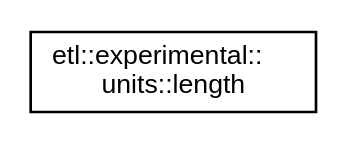
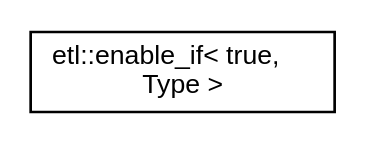
The diagram in inherit_graph_16.dot (tobanteAudio/taetl), drawn with Graphviz before and after one commit. The commit also changed 256 other files, not shown here.

```diff
--- a/inherit_graph_16.dot
+++ b/inherit_graph_16.dot
@@ -1,7 +1,7 @@
 digraph "Graphical Class Hierarchy"
 {
   edge [fontname="Helvetica",fontsize="10",labelfontname="Helvetica",labelfontsize="10"];
   node [fontname="Helvetica",fontsize="10",shape=record];
   rankdir="LR";
-  Node0 [label="etl::experimental::\lunits::length",height=0.2,width=0.4,color="black", fillcolor="white", style="filled",URL="$structetl_1_1experimental_1_1units_1_1length.html"];
+  Node0 [label="etl::enable_if\< true,\l Type \>",height=0.2,width=0.4,color="black", fillcolor="white", style="filled",URL="$structetl_1_1enable__if_3_01true_00_01Type_01_4.html"];
 }
```
